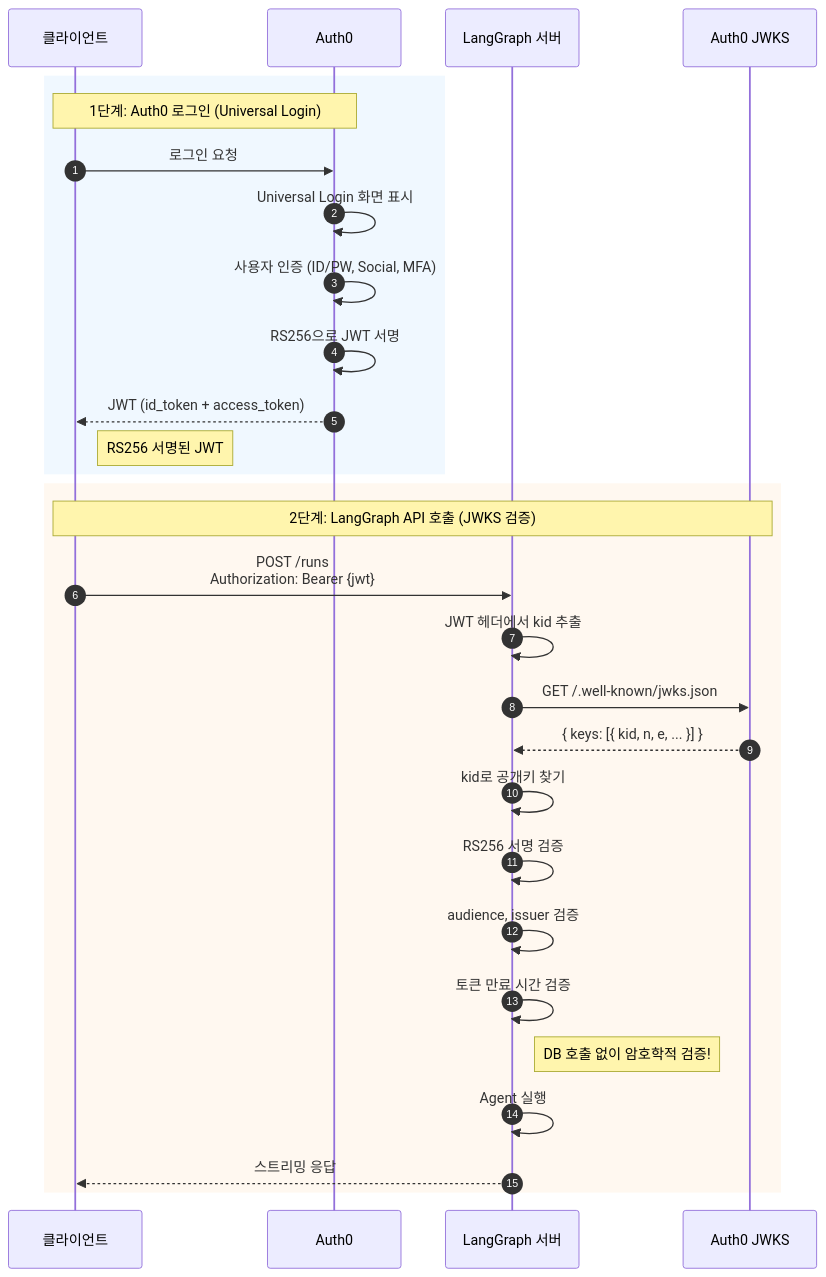
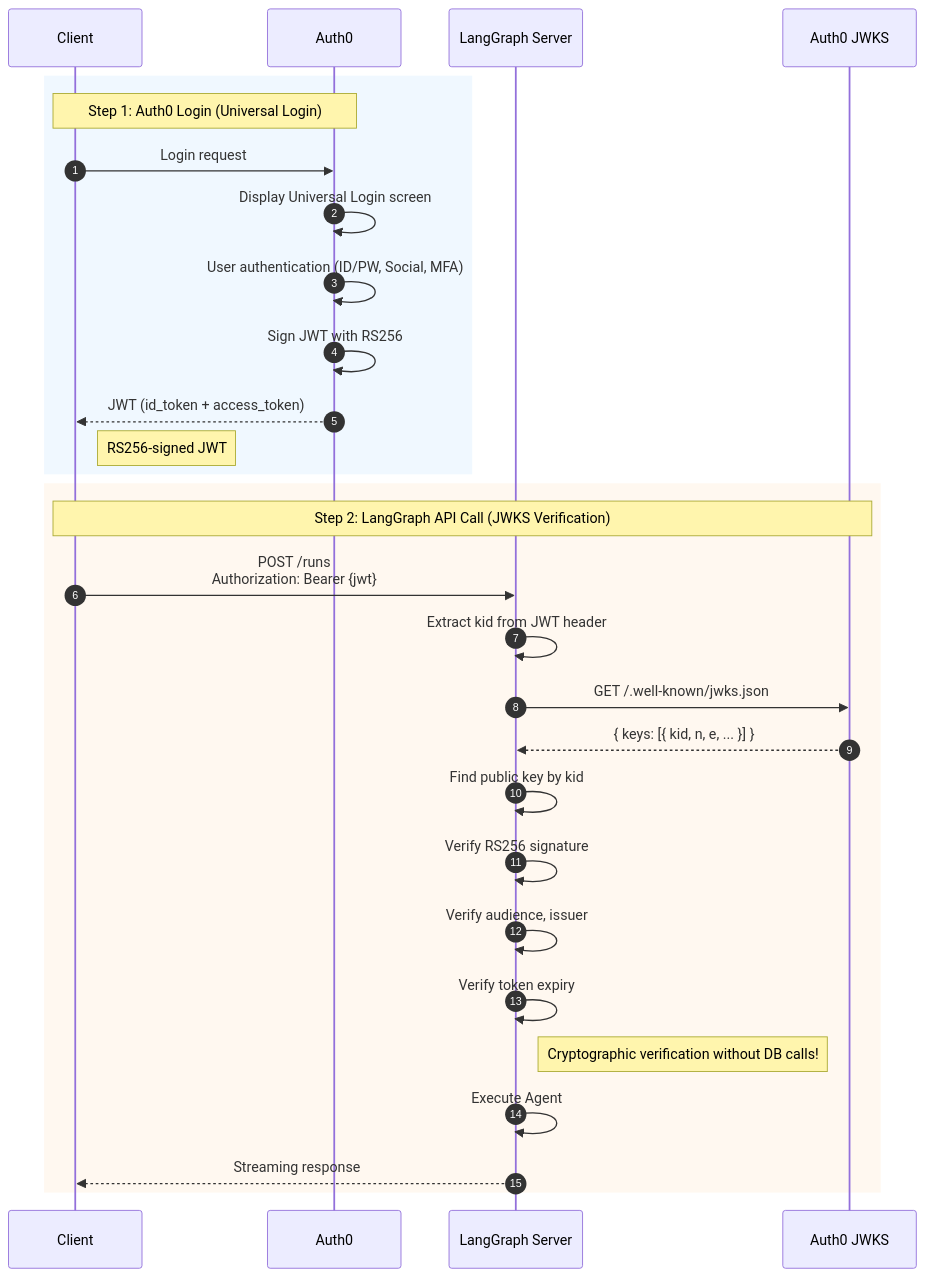
One commit to braincrew-lab/langgraph-chat-ui changed the fifth of 7 diagrams in docs/04-OAUTH-DIRECT.md. Above: the diagram before and after it, drawn with Mermaid. The commit also changed other lines of this file and 24 other files, not shown here.

````diff
--- a/docs/04-OAUTH-DIRECT.md
+++ b/docs/04-OAUTH-DIRECT.md
@@ -397,33 +397,33 @@
 ```mermaid
 sequenceDiagram
     autonumber
-    participant Client as 클라이언트
+    participant Client as Client
     participant Auth0 as Auth0
-    participant LangGraph as LangGraph 서버
+    participant LangGraph as LangGraph Server
     participant JWKS as Auth0 JWKS
 
     rect rgb(240, 248, 255)
-        Note over Client,Auth0: 1단계: Auth0 로그인 (Universal Login)
-        Client->>Auth0: 로그인 요청
-        Auth0->>Auth0: Universal Login 화면 표시
-        Auth0->>Auth0: 사용자 인증 (ID/PW, Social, MFA)
-        Auth0->>Auth0: RS256으로 JWT 서명
+        Note over Client,Auth0: Step 1: Auth0 Login (Universal Login)
+        Client->>Auth0: Login request
+        Auth0->>Auth0: Display Universal Login screen
+        Auth0->>Auth0: User authentication (ID/PW, Social, MFA)
+        Auth0->>Auth0: Sign JWT with RS256
         Auth0-->>Client: JWT (id_token + access_token)
-        Note right of Client: RS256 서명된 JWT
+        Note right of Client: RS256-signed JWT
     end
 
     rect rgb(255, 248, 240)
-        Note over Client,JWKS: 2단계: LangGraph API 호출 (JWKS 검증)
+        Note over Client,JWKS: Step 2: LangGraph API Call (JWKS Verification)
         Client->>LangGraph: POST /runs<br/>Authorization: Bearer {jwt}
-        LangGraph->>LangGraph: JWT 헤더에서 kid 추출
+        LangGraph->>LangGraph: Extract kid from JWT header
         LangGraph->>JWKS: GET /.well-known/jwks.json
         JWKS-->>LangGraph: { keys: [{ kid, n, e, ... }] }
-        LangGraph->>LangGraph: kid로 공개키 찾기
-        LangGraph->>LangGraph: RS256 서명 검증
-        LangGraph->>LangGraph: audience, issuer 검증
-        LangGraph->>LangGraph: 토큰 만료 시간 검증
-        Note right of LangGraph: DB 호출 없이 암호학적 검증!
-        LangGraph->>LangGraph: Agent 실행
-        LangGraph-->>Client: 스트리밍 응답
+        LangGraph->>LangGraph: Find public key by kid
+        LangGraph->>LangGraph: Verify RS256 signature
+        LangGraph->>LangGraph: Verify audience, issuer
+        LangGraph->>LangGraph: Verify token expiry
+        Note right of LangGraph: Cryptographic verification without DB calls!
+        LangGraph->>LangGraph: Execute Agent
+        LangGraph-->>Client: Streaming response
     end
 ```
````
